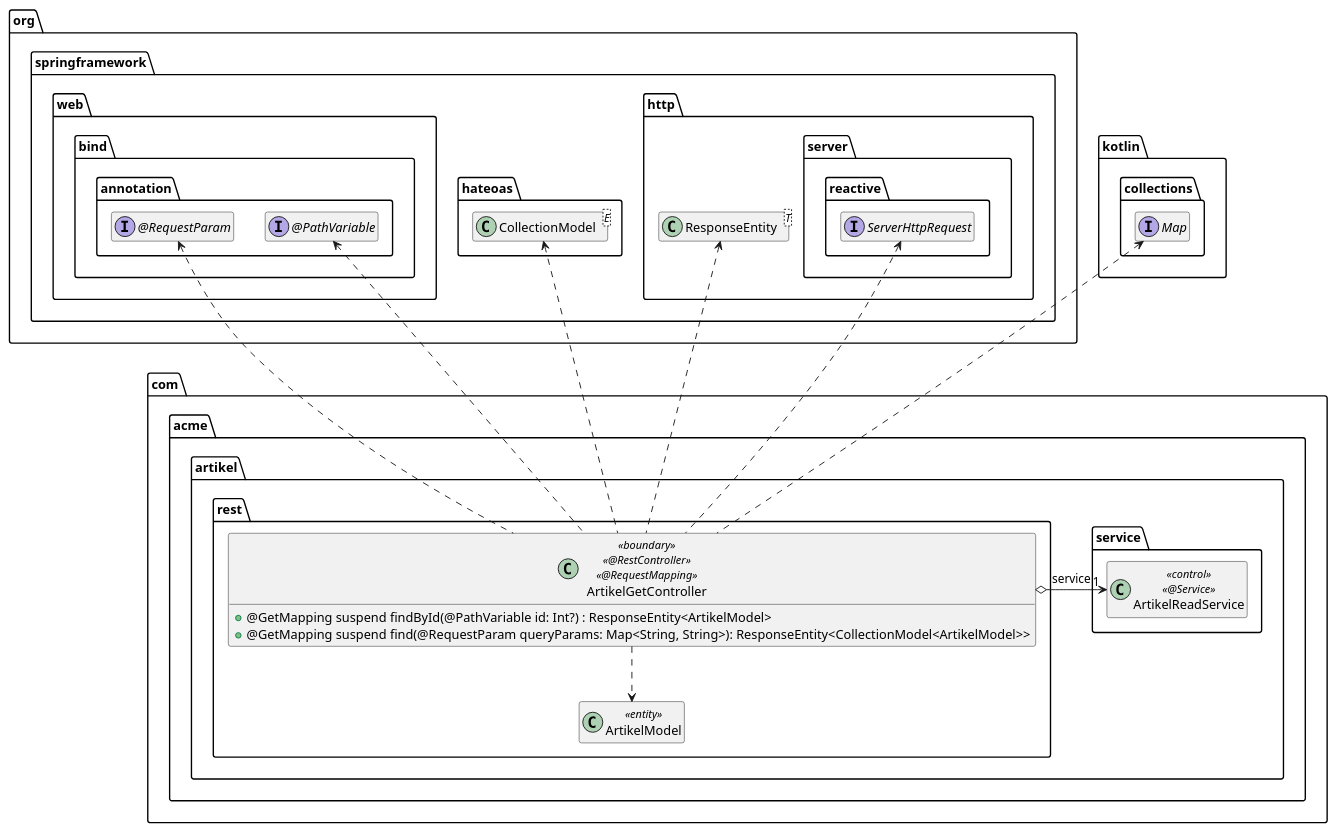
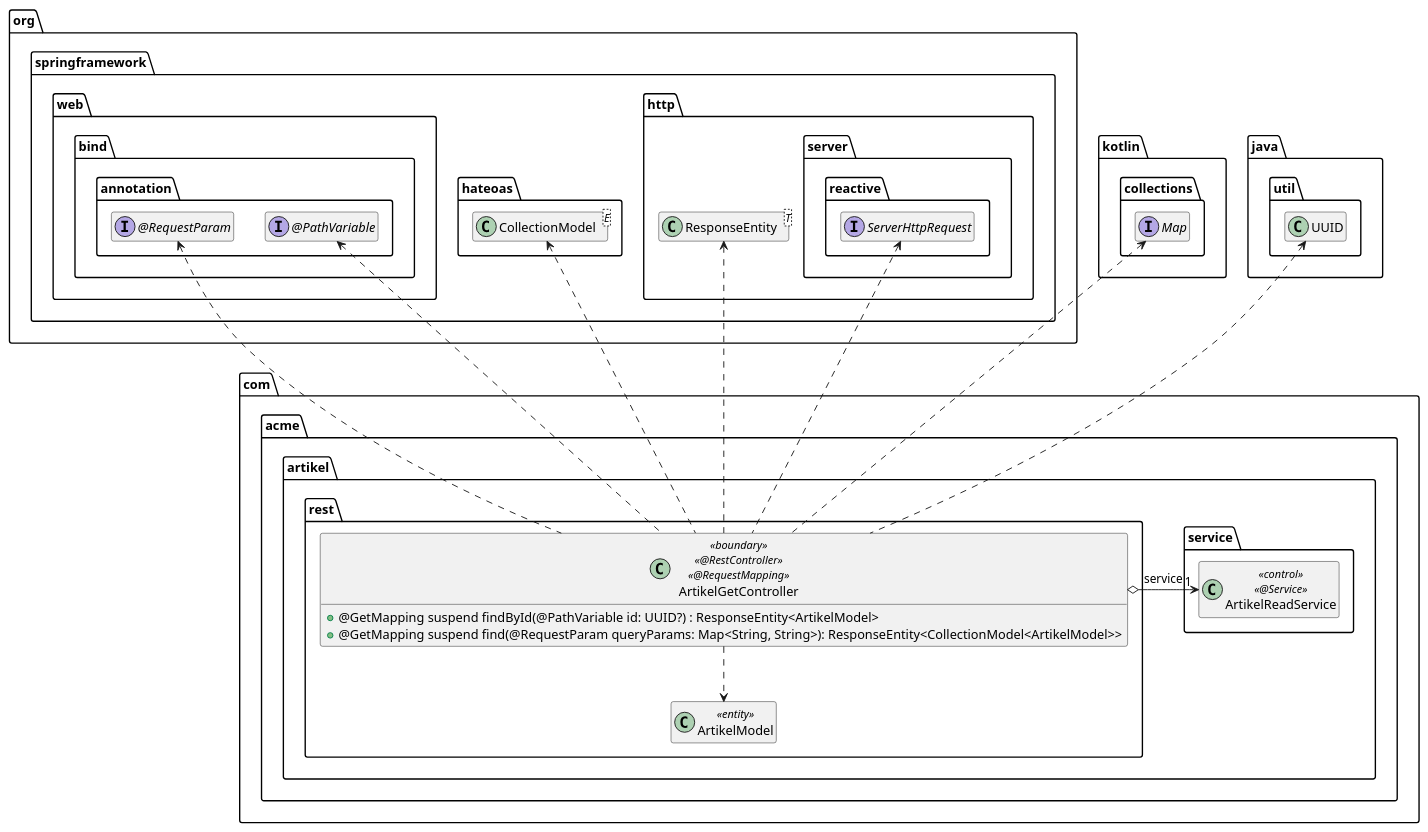
One commit to AlexanderStecknitz/Softwarearchitektur-Springframework changed the diagram in extras/doc/ArtikelGetController.puml. Above: the diagram before and after it, drawn with PlantUML. The commit also changed 4 other files, not shown here.

Commit message:
UPDATED PlantUMLs

```diff
--- a/extras/doc/ArtikelGetController.puml
+++ b/extras/doc/ArtikelGetController.puml
@@ -1,57 +1,63 @@
 @startuml
 
 package org.springframework {
     package web.bind.annotation {
         interface "@PathVariable" as PathVariable
 
         interface "@RequestParam" as RequestParam
     }
 
     package hateoas {
             class CollectionModel<E>
         }
 
     package http {
         class ResponseEntity<T>
 
         package server.reactive {
             interface ServerHttpRequest
         }
     }
 }
 
 package kotlin.collections {
     interface Map
 }
 
+package java.util {
+    class UUID
+}
+
 package com.acme.artikel {
 
     package service {
         class ArtikelReadService << control >> << @Service >>
     }
 
     package rest {
         class ArtikelGetController << boundary >> << @RestController >> << @RequestMapping >> {
-            + @GetMapping suspend findById(@PathVariable id: Int?) : ResponseEntity<ArtikelModel>
+            + @GetMapping suspend findById(@PathVariable id: UUID?) : ResponseEntity<ArtikelModel>
             + @GetMapping suspend find(@RequestParam queryParams: Map<String, String>): ResponseEntity<CollectionModel<ArtikelModel>>
         }
 
         class ArtikelModel << entity >>
 
         ArtikelGetController o-right-> "1" ArtikelReadService : service
 
         ArtikelGetController .up.> ResponseEntity
         ArtikelGetController .up.> CollectionModel
         ArtikelGetController .down.> ArtikelModel
         ArtikelGetController .up.> ServerHttpRequest
         ArtikelGetController .up.> PathVariable
         ArtikelGetController .up.> RequestParam
 
         ArtikelGetController .up.> Map
 
+        ArtikelGetController .up.> UUID
+
     }
 }
 
 hide empty members
 
 @enduml
```
